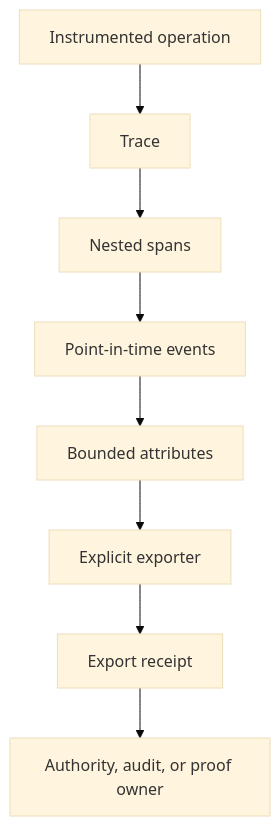
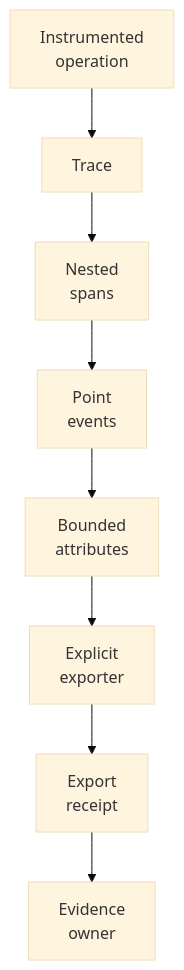
Before and after one commit to nshkrdotcom/AITrace: the first of 2 diagrams in README.md, drawn with Mermaid (base theme). The commit also changed other lines of this file, not shown here.

Commit message:
docs: wrap README Mermaid labels

````diff
--- a/README.md
+++ b/README.md
@@ -68,10 +68,10 @@
 ```mermaid
 flowchart TD
-  Operation["Instrumented operation"] --> Trace["Trace"]
-  Trace --> Span["Nested spans"]
-  Span --> Event["Point-in-time events"]
-  Event --> Attr["Bounded attributes"]
-  Attr --> Export["Explicit exporter"]
-  Export --> Receipt["Export receipt"]
-  Receipt --> Owner["Authority, audit, or proof owner"]
+  Operation["Instrumented<br/>operation"] --> Trace["Trace"]
+  Trace --> Span["Nested<br/>spans"]
+  Span --> Event["Point<br/>events"]
+  Event --> Attr["Bounded<br/>attributes"]
+  Attr --> Export["Explicit<br/>exporter"]
+  Export --> Receipt["Export<br/>receipt"]
+  Receipt --> Owner["Evidence<br/>owner"]
 ```
````
